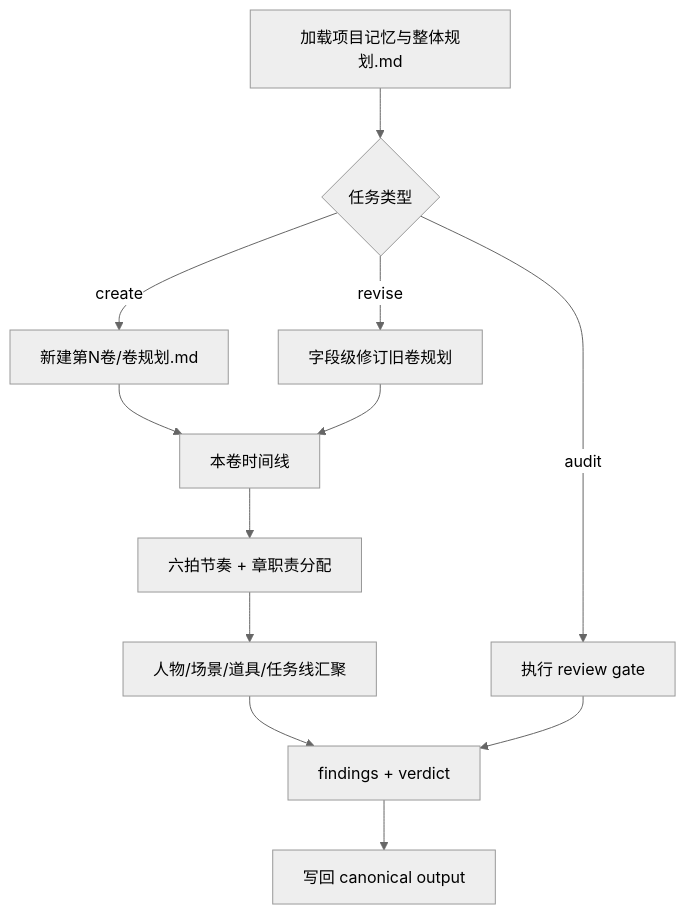
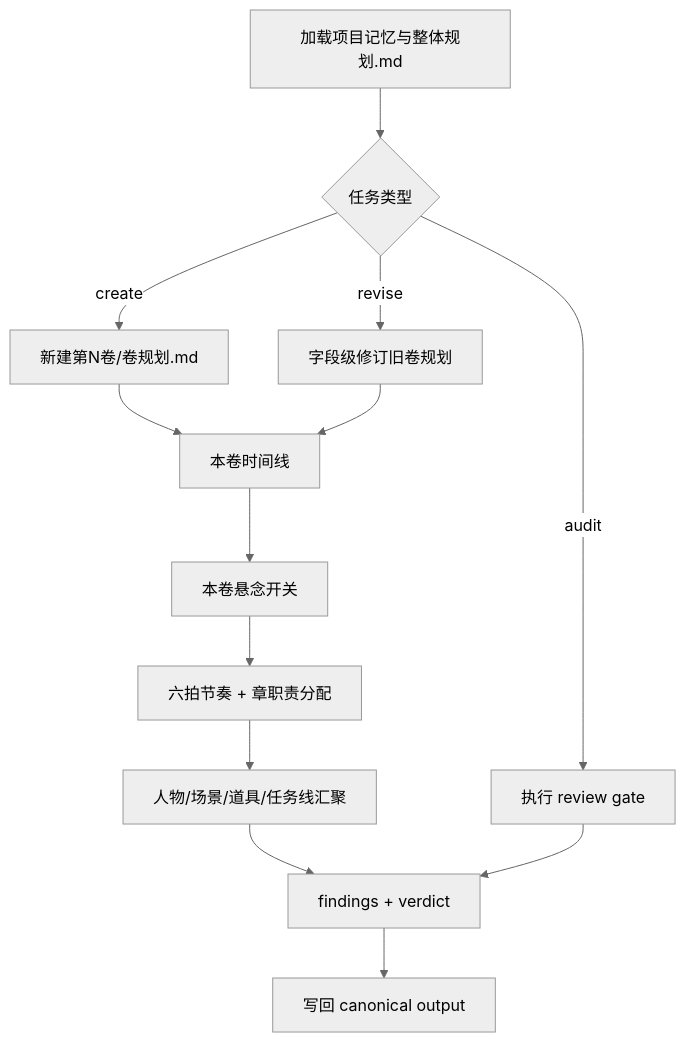
The first of 2 diagrams in .agents/skills/story/2-卷章/2-卷级/SKILL.md (ZEN-VOID/AI-CUT), drawn with Mermaid (neutral theme) before and after one commit. The commit also changed other lines of this file and 256 other files, not shown here.

````diff
--- a/.agents/skills/story/2-卷章/2-卷级/SKILL.md
+++ b/.agents/skills/story/2-卷章/2-卷级/SKILL.md
@@ -107,14 +114,15 @@
 ```mermaid
 flowchart TD
     A["加载项目记忆与整体规划.md"] --> B{"任务类型"}
     B -->|"create"| C["新建第N卷/卷规划.md"]
     B -->|"revise"| D["字段级修订旧卷规划"]
     B -->|"audit"| E["执行 review gate"]
     C --> F["本卷时间线"]
     D --> F
-    F --> G["六拍节奏 + 章职责分配"]
+    F --> S["本卷悬念开关"]
+    S --> G["六拍节奏 + 章职责分配"]
     G --> H["人物/场景/道具/任务线汇聚"]
     H --> I["卷末达成 + 规避"]
     E --> I["findings + verdict"]
     I --> J["写回 canonical output"]
 ```
````
